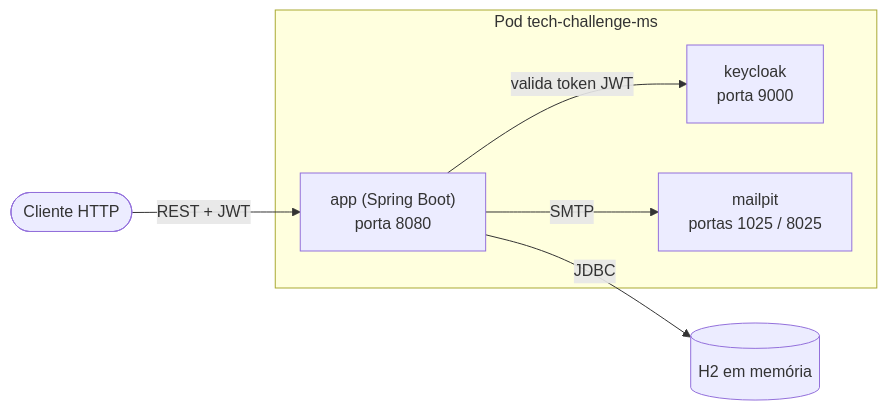
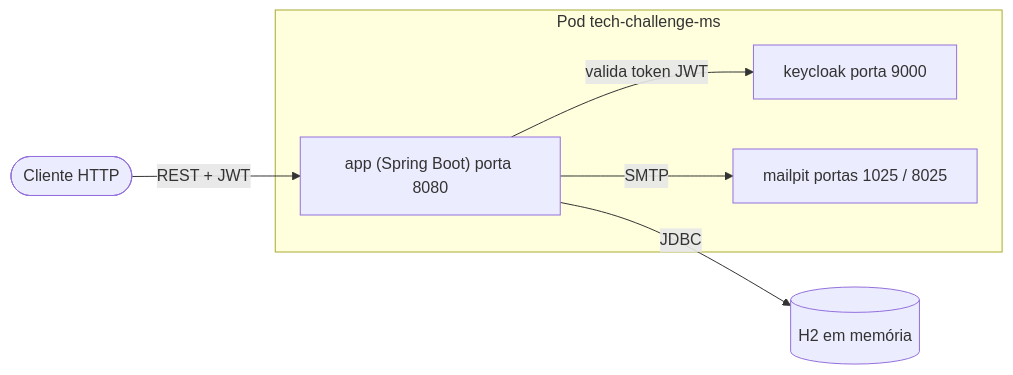
Before and after one commit to Teplotax/g52-app-tech-challenge: the first of 3 diagrams in README.md, drawn with Mermaid. The commit also changed other lines of this file, not shown here.

````diff
--- a/README.md
+++ b/README.md
@@ -28,13 +28,13 @@
 ```mermaid
 flowchart LR
     subgraph Pod["Pod tech-challenge-ms"]
-        APP["app (Spring Boot)\nporta 8080"]
-        KC["keycloak\nporta 9000"]
-        MP["mailpit\nportas 1025 / 8025"]
+        APP["app (Spring Boot) porta 8080"]
+        KC["keycloak porta 9000"]
+        MP["mailpit portas 1025 / 8025"]
     end
 
     Client(["Cliente HTTP"]) -->|REST + JWT| APP
     APP -->|valida token JWT| KC
     APP -->|SMTP| MP
     APP -->|JDBC| H2[("H2 em memória")]
 ```
````
